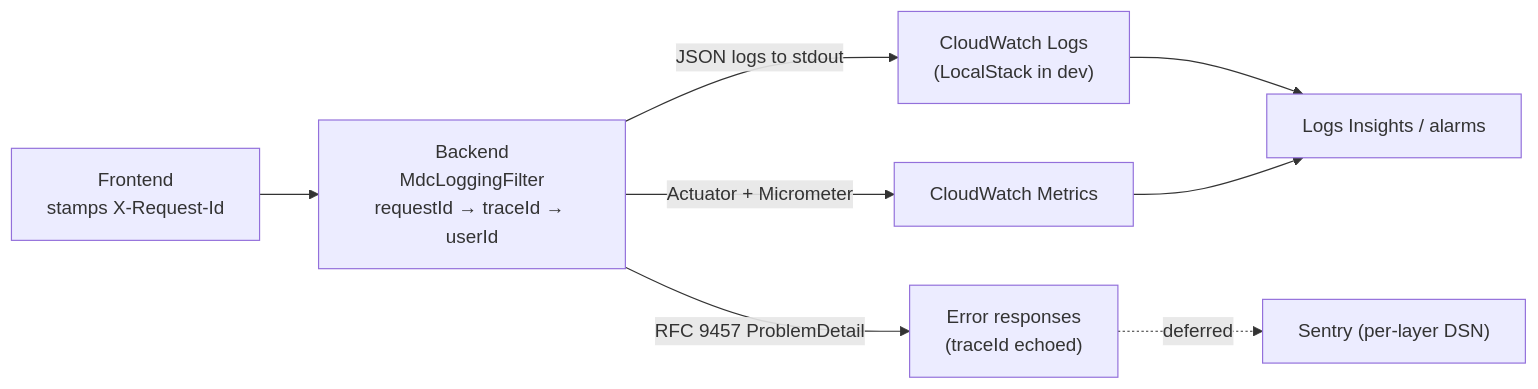
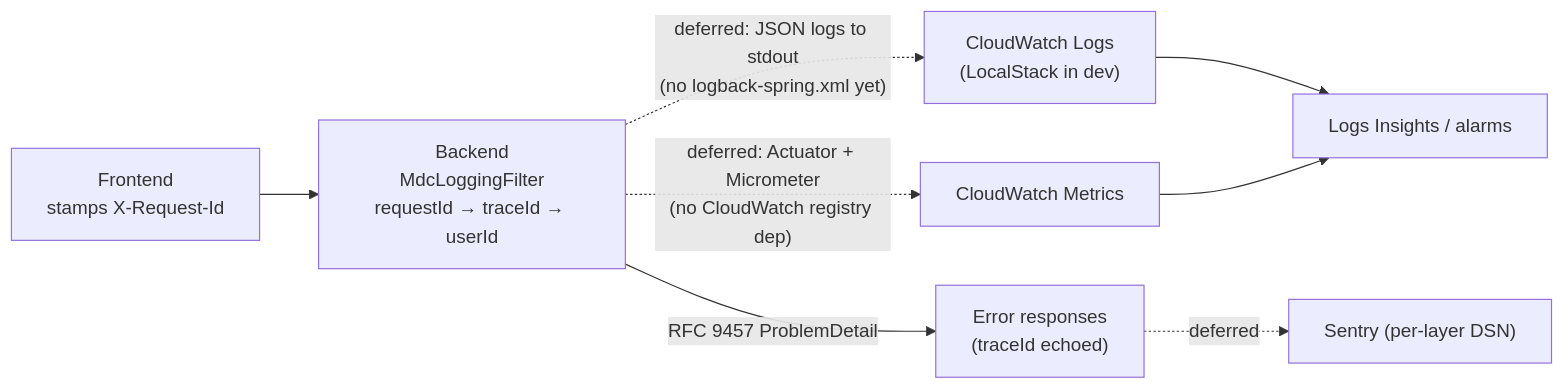
Before and after one commit to Saganaut/ambi: the fourth of 4 diagrams in z-docs/diagrams/system-overview.md, drawn with Mermaid. The commit also changed other lines of this file and 3 other files, not shown here.

Commit message:
docs(diagrams): correct backend-services, live-session, media-gallery, system-overview

````diff
--- a/z-docs/diagrams/system-overview.md
+++ b/z-docs/diagrams/system-overview.md
@@ -117,11 +119,11 @@
 ```mermaid
 flowchart LR
     FE["Frontend<br/>stamps X-Request-Id"] --> BE
     BE["Backend<br/>MdcLoggingFilter<br/>requestId → traceId → userId"]
-    BE -->|"JSON logs to stdout"| LOGS["CloudWatch Logs<br/>(LocalStack in dev)"]
-    BE -->|"Actuator + Micrometer"| METRICS["CloudWatch Metrics"]
+    BE -.->|"deferred: JSON logs to stdout<br/>(no logback-spring.xml yet)"| LOGS["CloudWatch Logs<br/>(LocalStack in dev)"]
+    BE -.->|"deferred: Actuator + Micrometer<br/>(no CloudWatch registry dep)"| METRICS["CloudWatch Metrics"]
     BE -->|"RFC 9457 ProblemDetail"| ERR["Error responses<br/>(traceId echoed)"]
     ERR -.->|deferred| SENTRY["Sentry (per-layer DSN)"]
     LOGS --> INSIGHTS["Logs Insights / alarms"]
     METRICS --> INSIGHTS
 ```
````
